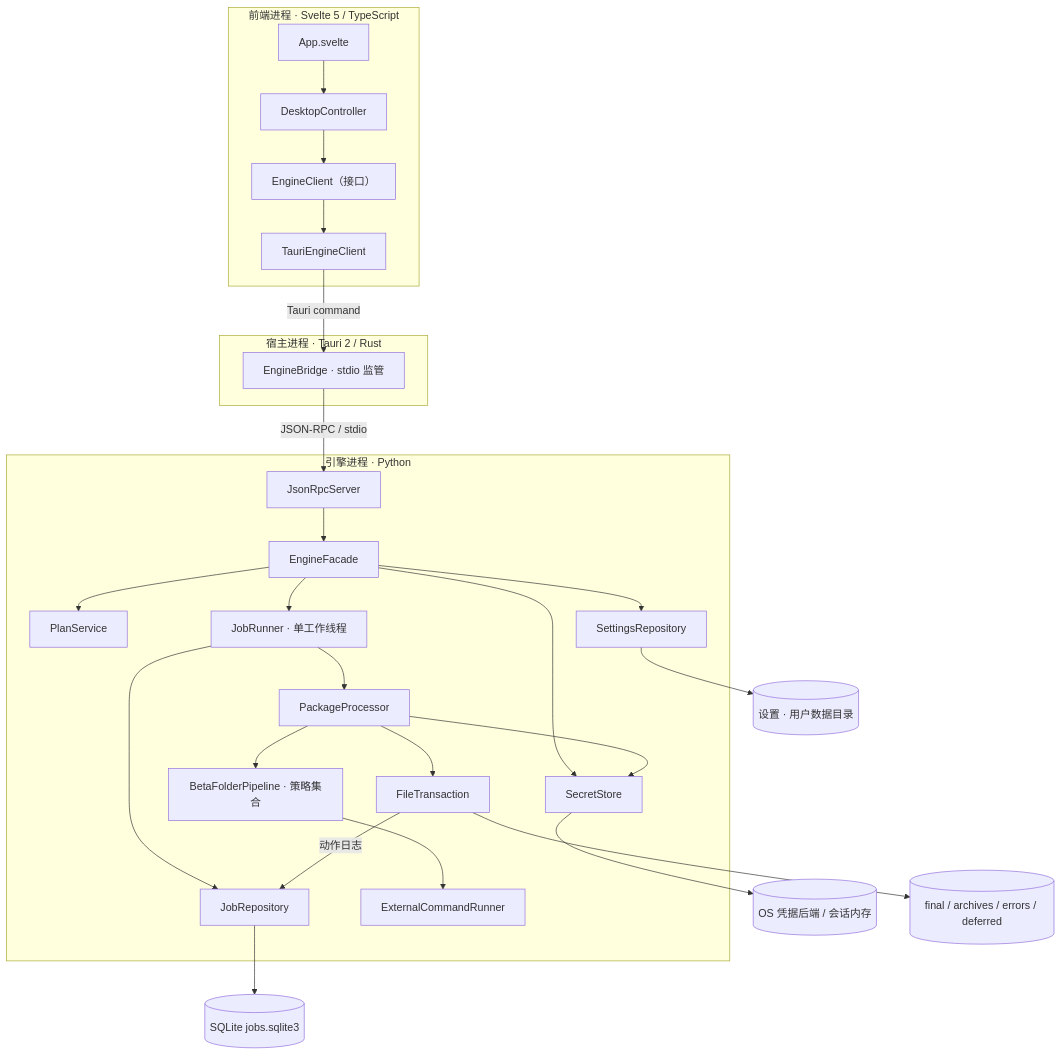
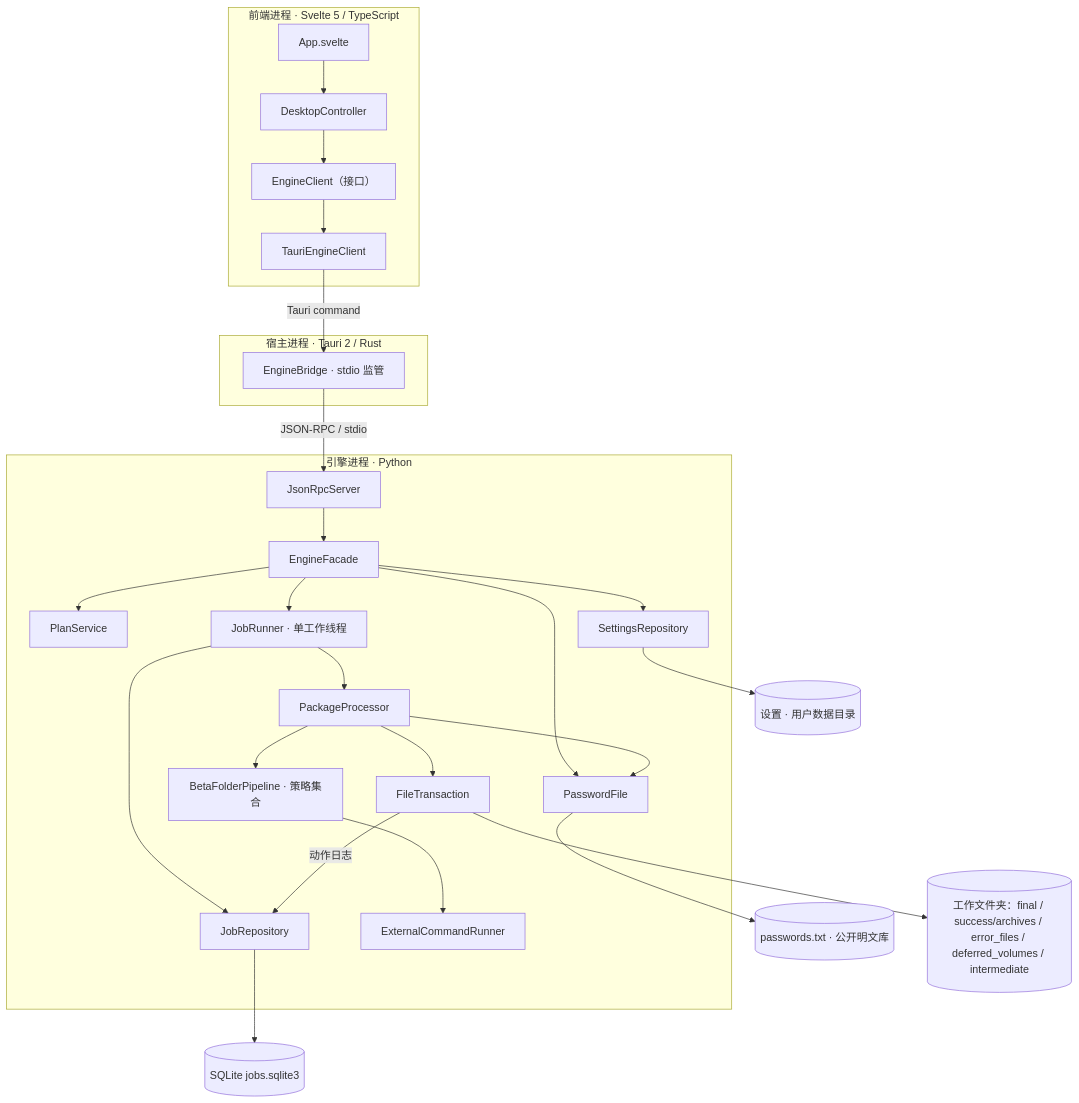
One commit to WOO-woo-Waf/reorder changed the first of 7 diagrams in docs/desktop-design.md. Above: the diagram before and after it, drawn with Mermaid. The commit also changed other lines of this file and 46 other files, not shown here.

````diff
--- a/docs/desktop-design.md
+++ b/docs/desktop-design.md
@@ -15,46 +15,46 @@
 ```mermaid
 flowchart TB
   subgraph FE["前端进程 · Svelte 5 / TypeScript"]
     UI["App.svelte"]
     Controller["DesktopController"]
     Client["EngineClient（接口）"]
     Adapter["TauriEngineClient"]
   end
   subgraph HOST["宿主进程 · Tauri 2 / Rust"]
     Bridge["EngineBridge · stdio 监管"]
   end
   subgraph ENGINE["引擎进程 · Python"]
     Server["JsonRpcServer"]
     Facade["EngineFacade"]
     Planner["PlanService"]
     Jobs["JobRunner · 单工作线程"]
     Processor["PackageProcessor"]
     Files["FileTransaction"]
-    Secrets["SecretStore"]
+    Secrets["PasswordFile"]
     Settings["SettingsRepository"]
     Repo["JobRepository"]
     Pipeline["BetaFolderPipeline · 策略集合"]
     Runner["ExternalCommandRunner"]
   end
   UI --> Controller
   Controller --> Client
   Client --> Adapter
   Adapter -->|Tauri command| Bridge
   Bridge -->|JSON-RPC / stdio| Server
   Server --> Facade
   Facade --> Planner
   Facade --> Jobs
   Facade --> Settings
   Facade --> Secrets
   Jobs --> Processor
   Jobs --> Repo
   Processor --> Pipeline
   Processor --> Files
   Processor --> Secrets
   Files -->|动作日志| Repo
   Pipeline --> Runner
   Repo --> DB[("SQLite jobs.sqlite3")]
   Settings --> Cfg[("设置 · 用户数据目录")]
-  Secrets --> OS[("OS 凭据后端 / 会话内存")]
-  Files --> Out[("final / archives / errors / deferred")]
+  Secrets --> PW[("passwords.txt · 公开明文库")]
+  Files --> Out[("工作文件夹：final / success/archives / error_files / deferred_volumes / intermediate")]
 ```
````
